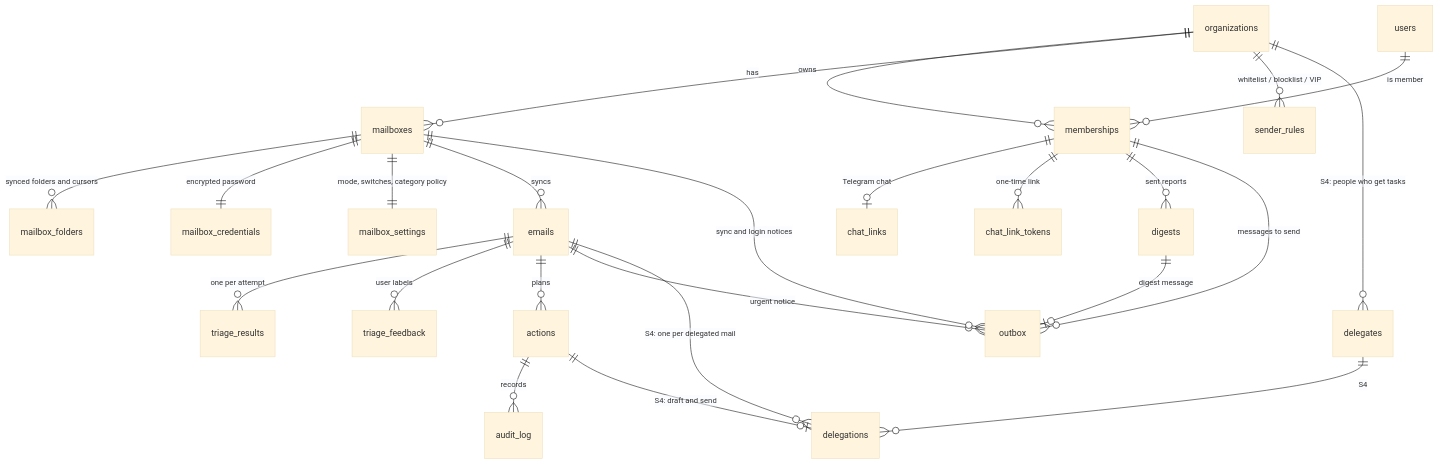
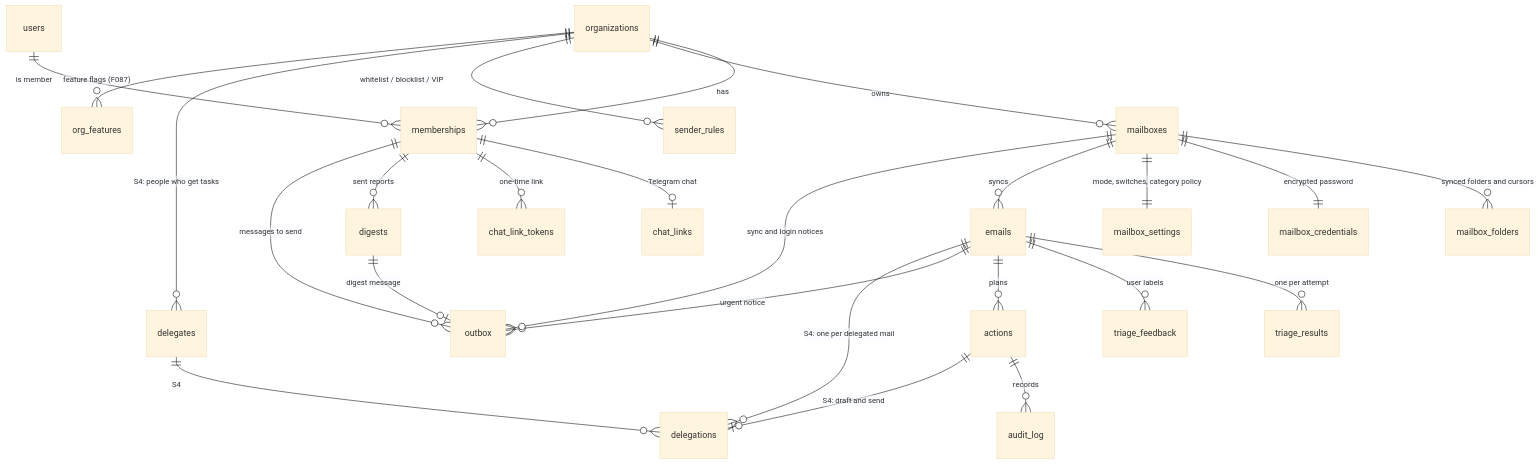
One commit to Artexs/email_assistant changed the fourth of 4 diagrams in docs/architecture.md. Above: the diagram before and after it, drawn with Mermaid (base theme). The commit also changed other lines of this file and 5 other files, not shown here.

Commit message:
F087 stage 6: flag standard, operator rule, architecture and ADR 0027 accepted

````diff
--- a/docs/architecture.md
+++ b/docs/architecture.md
@@ -418,26 +418,27 @@
 ```mermaid
 erDiagram
     organizations ||--o{ memberships : has
     users ||--o{ memberships : "is member"
     organizations ||--o{ mailboxes : owns
     mailboxes ||--o{ mailbox_folders : "synced folders and cursors"
     mailboxes ||--|| mailbox_credentials : "encrypted password"
     mailboxes ||--|| mailbox_settings : "mode, switches, category policy"
     organizations ||--o{ sender_rules : "whitelist / blocklist / VIP"
     mailboxes ||--o{ emails : syncs
     emails ||--o{ triage_results : "one per attempt"
     emails ||--o{ triage_feedback : "user labels"
     emails ||--o{ actions : plans
     actions ||--o{ audit_log : records
     memberships ||--o| chat_links : "Telegram chat"
     memberships ||--o{ chat_link_tokens : "one-time link"
     memberships ||--o{ digests : "sent reports"
     memberships ||--o{ outbox : "messages to send"
     digests ||--o| outbox : "digest message"
     emails ||--o{ outbox : "urgent notice"
     mailboxes ||--o{ outbox : "sync and login notices"
     organizations ||--o{ delegates : "S4: people who get tasks"
+    organizations ||--o{ org_features : "feature flags (F087)"
     emails ||--o{ delegations : "S4: one per delegated mail"
     delegates ||--o{ delegations : "S4"
     actions ||--o| delegations : "S4: draft and send"
 ```
````
